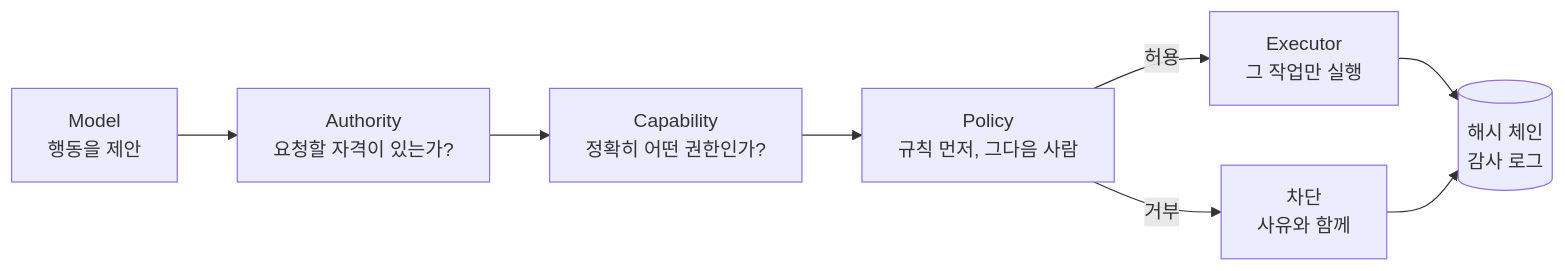
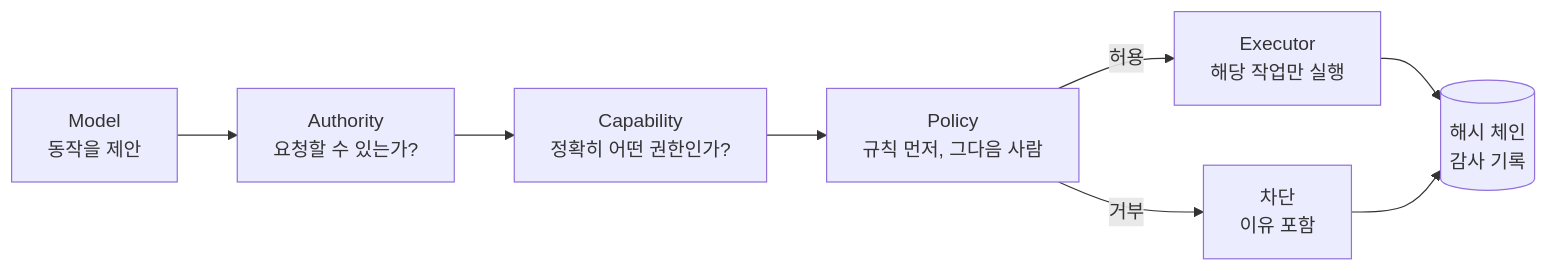
Before and after one commit to Horonomos-laps/Yana-AI: the diagram in README.ko.md, drawn with Mermaid. The commit also changed other lines of this file and 3 other files, not shown here.

````diff
--- a/README.ko.md
+++ b/README.ko.md
@@ -96,10 +109,10 @@
 ```mermaid
 flowchart LR
-    M["Model<br/>행동을 제안"] --> A["Authority<br/>요청할 자격이 있는가?"]
+    M["Model<br/>동작을 제안"] --> A["Authority<br/>요청할 수 있는가?"]
     A --> C["Capability<br/>정확히 어떤 권한인가?"]
     C --> P["Policy<br/>규칙 먼저, 그다음 사람"]
-    P -->|허용| E["Executor<br/>그 작업만 실행"]
-    P -->|거부| X["차단<br/>사유와 함께"]
-    E --> L[("해시 체인<br/>감사 로그")]
+    P -->|허용| E["Executor<br/>해당 작업만 실행"]
+    P -->|거부| X["차단<br/>이유 포함"]
+    E --> L[("해시 체인<br/>감사 기록")]
     X --> L
 ```
````
